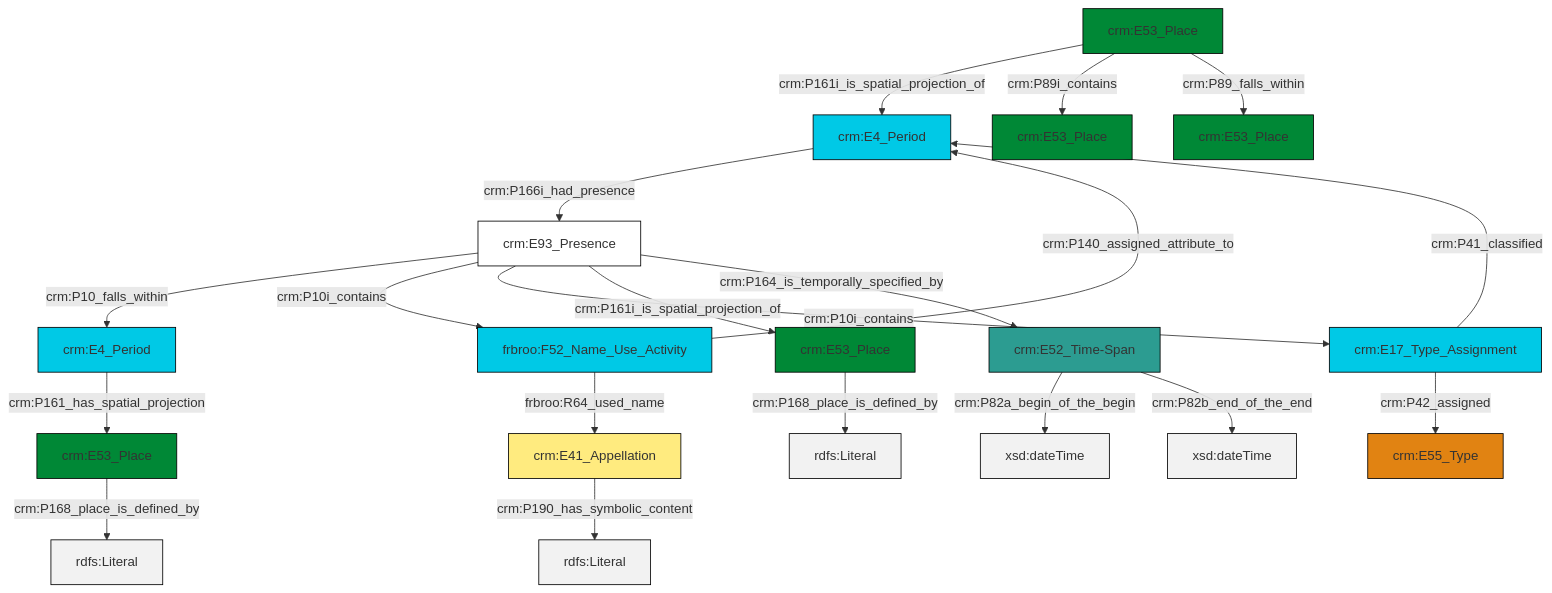
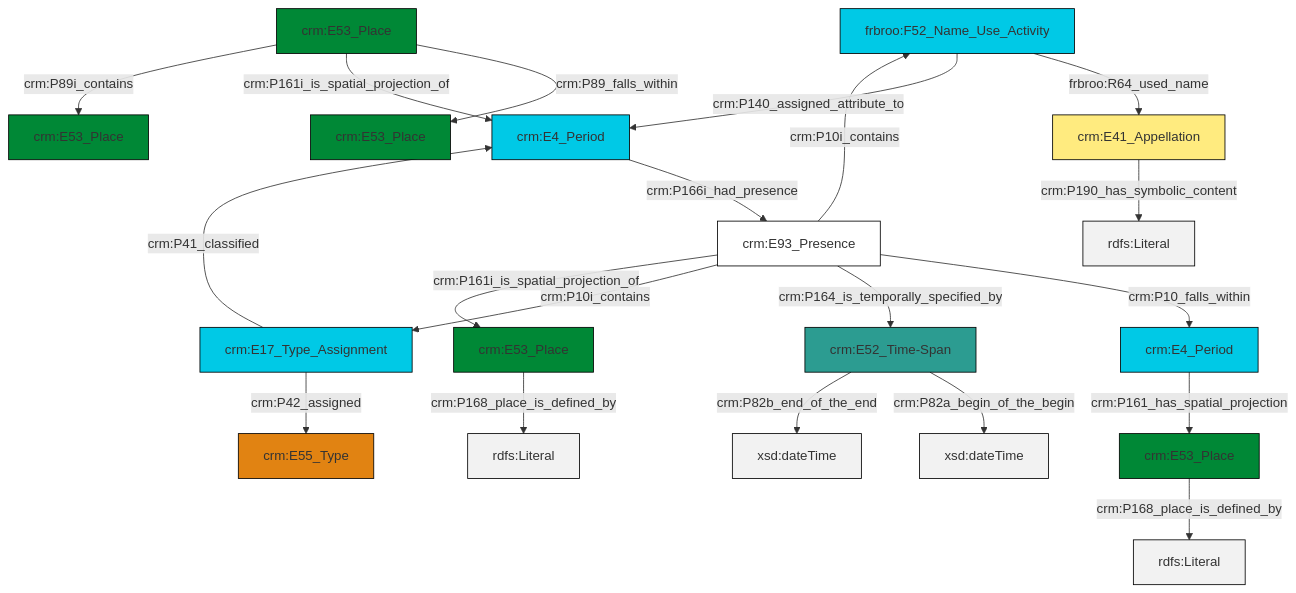
One commit to swiss-art-research-net/docs.swissartresearch changed the diagram in et/placeCSV/ttl/mmd/place_parthood.ttl.mmd. Above: the diagram before and after it, drawn with Mermaid. The commit also changed 210 other files, not shown here.

```diff
--- a/et/placeCSV/ttl/mmd/place_parthood.ttl.mmd
+++ b/et/placeCSV/ttl/mmd/place_parthood.ttl.mmd
@@ -1,34 +1,34 @@
 graph TD
 classDef Literal fill:#f2f2f2,stroke:#000000;
 classDef CRM_Entity fill:#FFFFFF,stroke:#000000;
 classDef Temporal_Entity fill:#00C9E6, stroke:#000000;
 classDef Type fill:#E18312, stroke:#000000;
 classDef Time-Span fill:#2C9C91, stroke:#000000;
 classDef Appellation fill:#FFEB7F, stroke:#000000;
 classDef Place fill:#008836, stroke:#000000;
 classDef Persistent_Item fill:#B266B2, stroke:#000000;
 classDef Conceptual_Object fill:#FFD700, stroke:#000000;
 classDef Physical_Thing fill:#D2B48C, stroke:#000000;
 classDef Actor fill:#f58aad, stroke:#000000;
 classDef PC_Classes fill:#4ce600, stroke:#000000;
 classDef Multi fill:#cccccc,stroke:#000000;
 
-2["crm:E53_Place"]:::Place -->|crm:P161i_is_spatial_projection_of| 3["crm:E4_Period"]:::Temporal_Entity
-4["crm:E93_Presence"]:::CRM_Entity -->|crm:P10_falls_within| 5["crm:E4_Period"]:::Temporal_Entity
-2["crm:E53_Place"]:::Place -->|crm:P89i_contains| 11["crm:E53_Place"]:::Place
-12["crm:E52_Time-Span"]:::Time-Span -->|crm:P82a_begin_of_the_begin| 13[xsd:dateTime]:::Literal
-14["crm:E17_Type_Assignment"]:::Temporal_Entity -->|crm:P42_assigned| 15["crm:E55_Type"]:::Type
-6["frbroo:F52_Name_Use_Activity"]:::Temporal_Entity -->|frbroo:R64_used_name| 0["crm:E41_Appellation"]:::Appellation
-4["crm:E93_Presence"]:::CRM_Entity -->|crm:P10i_contains| 6["frbroo:F52_Name_Use_Activity"]:::Temporal_Entity
-2["crm:E53_Place"]:::Place -->|crm:P89_falls_within| 8["crm:E53_Place"]:::Place
-4["crm:E93_Presence"]:::CRM_Entity -->|crm:P10i_contains| 14["crm:E17_Type_Assignment"]:::Temporal_Entity
-6["frbroo:F52_Name_Use_Activity"]:::Temporal_Entity -->|crm:P140_assigned_attribute_to| 3["crm:E4_Period"]:::Temporal_Entity
-3["crm:E4_Period"]:::Temporal_Entity -->|crm:P166i_had_presence| 4["crm:E93_Presence"]:::CRM_Entity
-22["crm:E53_Place"]:::Place -->|crm:P168_place_is_defined_by| 23[rdfs:Literal]:::Literal
-4["crm:E93_Presence"]:::CRM_Entity -->|crm:P161i_is_spatial_projection_of| 24["crm:E53_Place"]:::Place
-5["crm:E4_Period"]:::Temporal_Entity -->|crm:P161_has_spatial_projection| 22["crm:E53_Place"]:::Place
-0["crm:E41_Appellation"]:::Appellation -->|crm:P190_has_symbolic_content| 26[rdfs:Literal]:::Literal
-14["crm:E17_Type_Assignment"]:::Temporal_Entity -->|crm:P41_classified| 3["crm:E4_Period"]:::Temporal_Entity
-4["crm:E93_Presence"]:::CRM_Entity -->|crm:P164_is_temporally_specified_by| 12["crm:E52_Time-Span"]:::Time-Span
-24["crm:E53_Place"]:::Place -->|crm:P168_place_is_defined_by| 29[rdfs:Literal]:::Literal
-12["crm:E52_Time-Span"]:::Time-Span -->|crm:P82b_end_of_the_end| 30[xsd:dateTime]:::Literal
+0["frbroo:F52_Name_Use_Activity"]:::Temporal_Entity -->|frbroo:R64_used_name| 1["crm:E41_Appellation"]:::Appellation
+2["crm:E53_Place"]:::Place -->|crm:P168_place_is_defined_by| 3[rdfs:Literal]:::Literal
+6["crm:E52_Time-Span"]:::Time-Span -->|crm:P82a_begin_of_the_begin| 7[xsd:dateTime]:::Literal
+10["crm:E93_Presence"]:::CRM_Entity -->|crm:P10i_contains| 0["frbroo:F52_Name_Use_Activity"]:::Temporal_Entity
+11["crm:E4_Period"]:::Temporal_Entity -->|crm:P161_has_spatial_projection| 14["crm:E53_Place"]:::Place
+4["crm:E17_Type_Assignment"]:::Temporal_Entity -->|crm:P42_assigned| 8["crm:E55_Type"]:::Type
+6["crm:E52_Time-Span"]:::Time-Span -->|crm:P82b_end_of_the_end| 16[xsd:dateTime]:::Literal
+17["crm:E53_Place"]:::Place -->|crm:P89_falls_within| 18["crm:E53_Place"]:::Place
+10["crm:E93_Presence"]:::CRM_Entity -->|crm:P10_falls_within| 11["crm:E4_Period"]:::Temporal_Entity
+0["frbroo:F52_Name_Use_Activity"]:::Temporal_Entity -->|crm:P140_assigned_attribute_to| 22["crm:E4_Period"]:::Temporal_Entity
+22["crm:E4_Period"]:::Temporal_Entity -->|crm:P166i_had_presence| 10["crm:E93_Presence"]:::CRM_Entity
+14["crm:E53_Place"]:::Place -->|crm:P168_place_is_defined_by| 25[rdfs:Literal]:::Literal
+10["crm:E93_Presence"]:::CRM_Entity -->|crm:P164_is_temporally_specified_by| 6["crm:E52_Time-Span"]:::Time-Span
+1["crm:E41_Appellation"]:::Appellation -->|crm:P190_has_symbolic_content| 26[rdfs:Literal]:::Literal
+17["crm:E53_Place"]:::Place -->|crm:P161i_is_spatial_projection_of| 22["crm:E4_Period"]:::Temporal_Entity
+10["crm:E93_Presence"]:::CRM_Entity -->|crm:P10i_contains| 4["crm:E17_Type_Assignment"]:::Temporal_Entity
+10["crm:E93_Presence"]:::CRM_Entity -->|crm:P161i_is_spatial_projection_of| 2["crm:E53_Place"]:::Place
+17["crm:E53_Place"]:::Place -->|crm:P89i_contains| 19["crm:E53_Place"]:::Place
+4["crm:E17_Type_Assignment"]:::Temporal_Entity -->|crm:P41_classified| 22["crm:E4_Period"]:::Temporal_Entity
```
